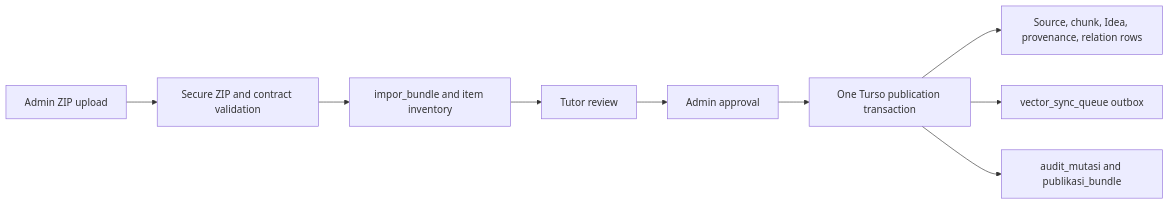
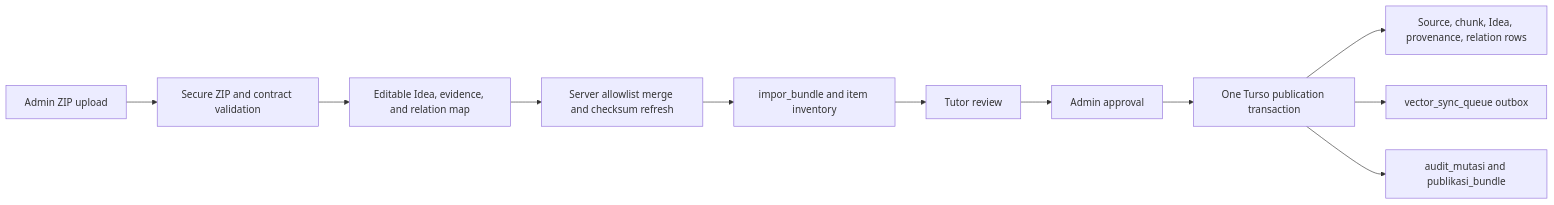
The second of 7 diagrams in docs/ARCHITECTURE.md (soezyxstt/zyxacademy), drawn with Mermaid before and after one commit. The commit also changed other lines of this file and 117 other files, not shown here.

````diff
--- a/docs/ARCHITECTURE.md
+++ b/docs/ARCHITECTURE.md
@@ -164,11 +164,13 @@
 ```mermaid
 flowchart LR
     U[Admin ZIP upload] --> V[Secure ZIP and contract validation]
-    V --> I[impor_bundle and item inventory]
+    V --> E[Editable Idea, evidence, and relation map]
+    E --> F[Server allowlist merge and checksum refresh]
+    F --> I[impor_bundle and item inventory]
     I --> R[Tutor review]
     R --> A[Admin approval]
     A --> P[One Turso publication transaction]
     P --> D[Source, chunk, Idea, provenance, relation rows]
     P --> O[vector_sync_queue outbox]
     P --> X[audit_mutasi and publikasi_bundle]
 ```
````
